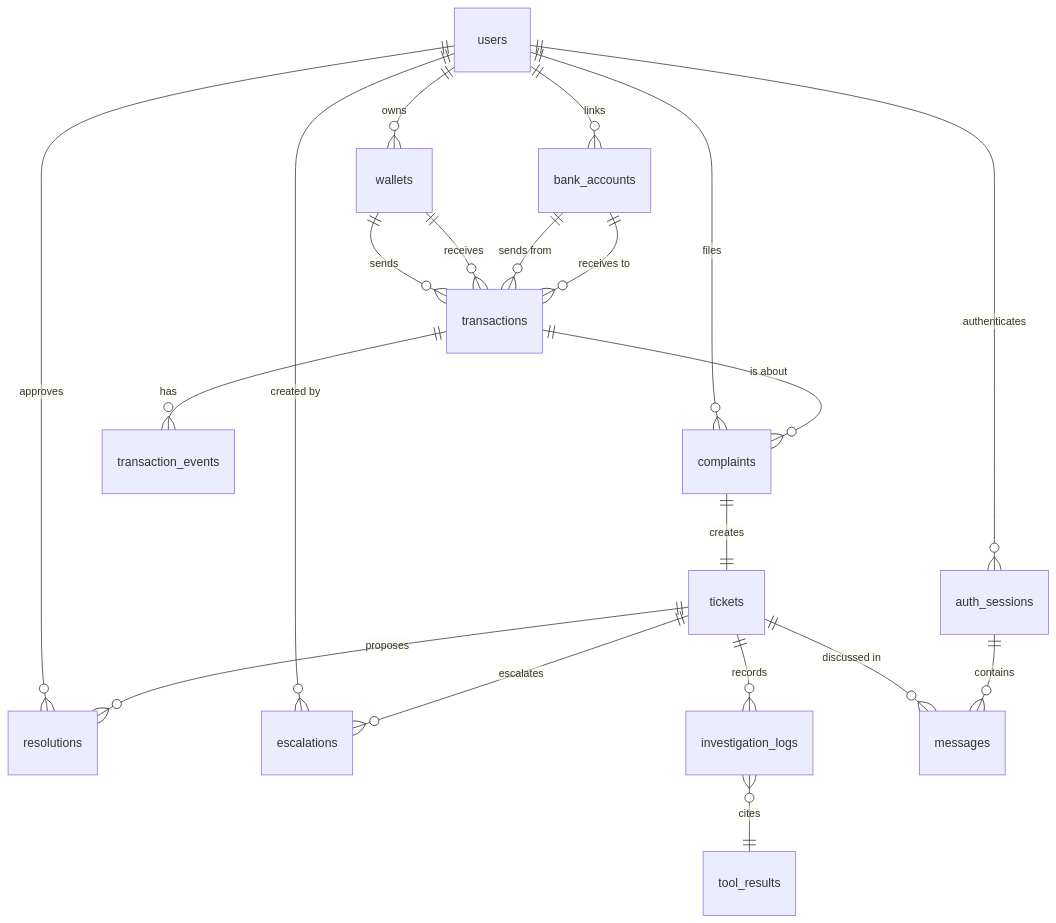
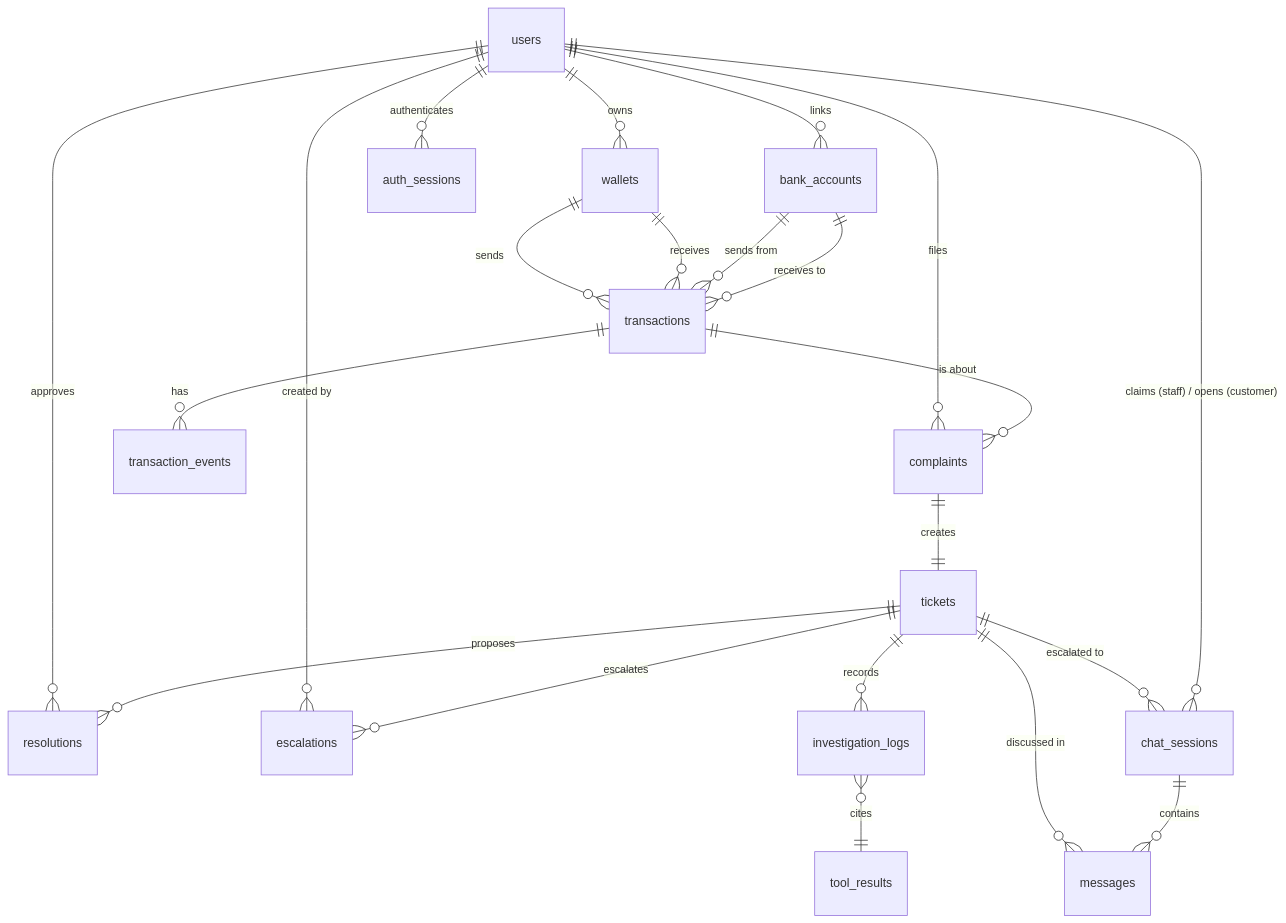
The diagram in FIN05-Data-Brief.md (jinsimple/Sen-AI-customer-service-agent-for-e-wallets), drawn with Mermaid before and after one commit. The commit also changed other lines of this file and 24 other files, not shown here.

````diff
--- a/FIN05-Data-Brief.md
+++ b/FIN05-Data-Brief.md
@@ -184,22 +184,24 @@
 ```mermaid
 erDiagram
     users ||--o{ wallets : owns
     users ||--o{ bank_accounts : links
     users ||--o{ complaints : files
     users ||--o{ auth_sessions : authenticates
     users ||--o{ resolutions : approves
     users ||--o{ escalations : "created by"
     wallets ||--o{ transactions : sends
     wallets ||--o{ transactions : receives
     bank_accounts ||--o{ transactions : "sends from"
     bank_accounts ||--o{ transactions : "receives to"
     transactions ||--o{ transaction_events : has
     transactions ||--o{ complaints : "is about"
     complaints ||--|| tickets : creates
     tickets ||--o{ investigation_logs : records
     tickets ||--o{ resolutions : proposes
     tickets ||--o{ escalations : escalates
     tickets ||--o{ messages : "discussed in"
     investigation_logs }o--|| tool_results : cites
-    auth_sessions ||--o{ messages : contains
+    tickets ||--o{ chat_sessions : "escalated to"
+    users ||--o{ chat_sessions : "claims (staff) / opens (customer)"
+    chat_sessions ||--o{ messages : contains
 ```
````
